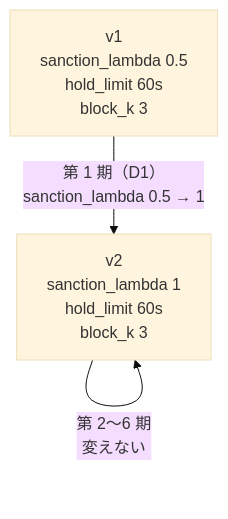
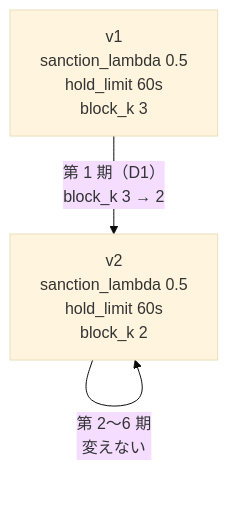
One commit to ertlnagoya/cadl-spec changed the sixth of 7 diagrams in i18n/ja/docusaurus-plugin-content-docs/current/handson/robot-town-tutorial.md. Above: the diagram before and after it, drawn with Mermaid (base theme). The commit also changed other lines of this file and 1 other file, not shown here.

````diff
--- a/i18n/ja/docusaurus-plugin-content-docs/current/handson/robot-town-tutorial.md
+++ b/i18n/ja/docusaurus-plugin-content-docs/current/handson/robot-town-tutorial.md
@@ -477,5 +517,5 @@
 ```mermaid
 flowchart TD
-  V1["v1<br/>sanction_lambda 0.5<br/>hold_limit 60s<br/>block_k 3"] -->|"第 1 期（D1）<br/>sanction_lambda 0.5 → 1"| V2["v2<br/>sanction_lambda 1<br/>hold_limit 60s<br/>block_k 3"]
+  V1["v1<br/>sanction_lambda 0.5<br/>hold_limit 60s<br/>block_k 3"] -->|"第 1 期（D1）<br/>block_k 3 → 2"| V2["v2<br/>sanction_lambda 0.5<br/>hold_limit 60s<br/>block_k 2"]
   V2 -->|"第 2〜6 期<br/>変えない"| V2
 ```
````
